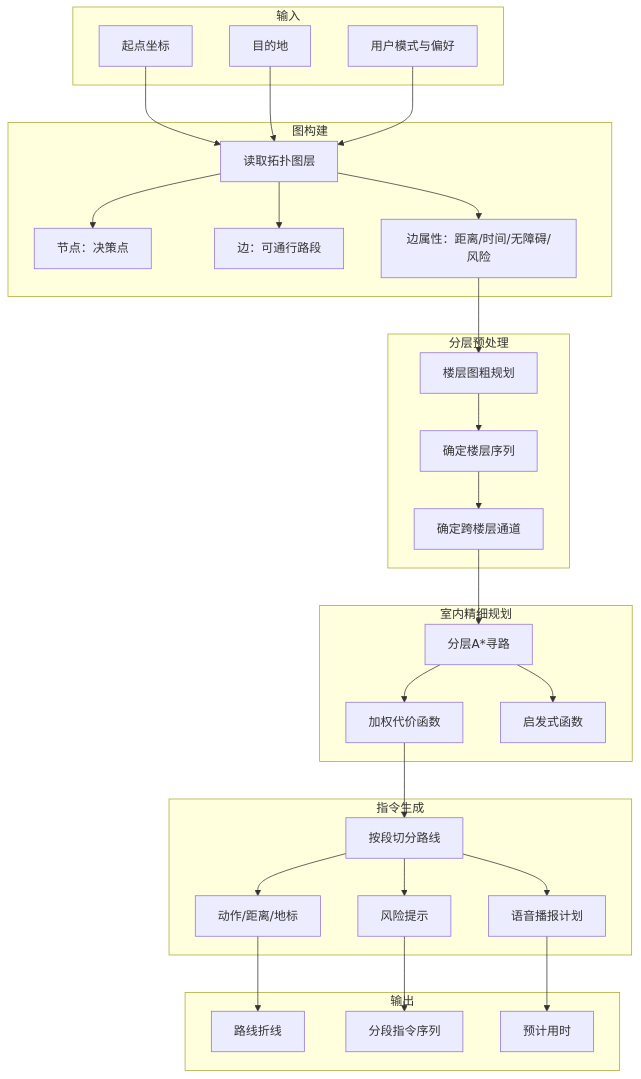
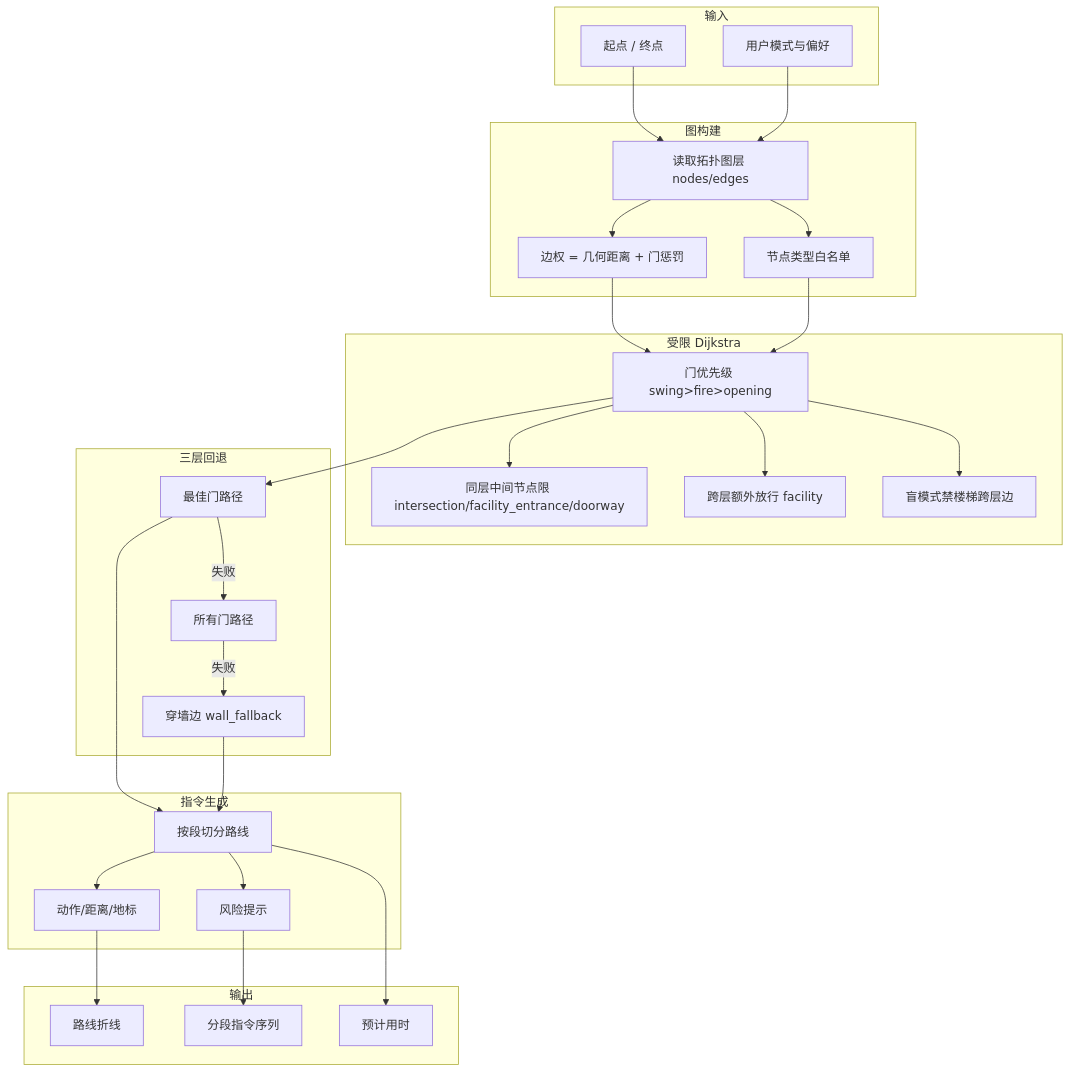
Before and after one commit to cuitao2046/pathai: the diagram in docs/05-路线规划算法.md, drawn with Mermaid. The commit also changed other lines of this file and 28 other files, not shown here.

````diff
--- a/docs/05-路线规划算法.md
+++ b/docs/05-路线规划算法.md
@@ -7,60 +7,58 @@
 ```mermaid
 flowchart TD
     subgraph "输入"
-        A[起点坐标]
-        B[目的地]
-        C[用户模式与偏好]
+        A[起点 / 终点]
+        B[用户模式与偏好]
     end
-    
+
     subgraph "图构建"
-        D[读取拓扑图层]
-        D1[节点：决策点]
-        D2[边：可通行路段]
-        D3[边属性：距离/时间/无障碍/风险]
+        C[读取拓扑图层 nodes/edges]
+        C1[边权 = 几何距离 + 门惩罚]
+        C2[节点类型白名单]
     end
-    
-    subgraph "分层预处理"
-        E[楼层图粗规划]
-        E1[确定楼层序列]
-        E2[确定跨楼层通道]
+
+    subgraph "受限 Dijkstra"
+        D[门优先级 swing>fire>opening]
+        D1[同层中间节点限 intersection/facility_entrance/doorway]
+        D2[跨层额外放行 facility]
+        D3[盲模式禁楼梯跨层边]
     end
-    
-    subgraph "室内精细规划"
-        F[分层A*寻路]
-        F1[加权代价函数]
-        F2[启发式函数]
+
+    subgraph "三层回退"
+        E1[最佳门路径]
+        E2[所有门路径]
+        E3[穿墙边 wall_fallback]
     end
-    
+
     subgraph "指令生成"
-        G[按段切分路线]
-        G1[动作/距离/地标]
-        G2[风险提示]
-        G3[语音播报计划]
+        F[按段切分路线]
+        F1[动作/距离/地标]
+        F2[风险提示]
     end
-    
+
     subgraph "输出"
-        H[路线折线]
-        I[分段指令序列]
-        J[预计用时]
+        G[路线折线]
+        H[分段指令序列]
+        I[预计用时]
     end
-    
-    A --> D
-    B --> D
-    C --> D
+
+    A --> C
+    B --> C
+    C --> C1
+    C --> C2
+    C1 --> D
+    C2 --> D
     D --> D1
     D --> D2
     D --> D3
-    D3 --> E
-    E --> E1
-    E1 --> E2
-    E2 --> F
+    D --> E1
+    E1 -->|失败| E2
+    E2 -->|失败| E3
+    E1 --> F
+    E3 --> F
     F --> F1
     F --> F2
     F1 --> G
-    G --> G1
-    G --> G2
-    G --> G3
-    G1 --> H
-    G2 --> I
-    G3 --> J
+    F2 --> H
+    F --> I
 ```
````
